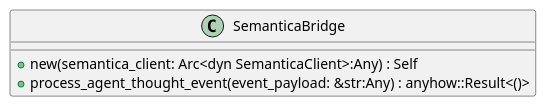
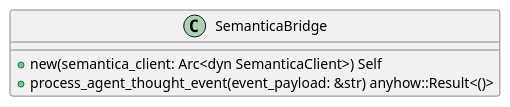
One commit to lgcorzo/rust_CACD_autonomous_factory changed the first of 6 diagrams in openwiki/crates_factory_application_src_bridge_semantica_bridge.md. Above: the diagram before and after it, drawn with PlantUML. The commit also changed other lines of this file and 97 other files, not shown here.

First line of the commit message:
Fix Rust AST parsing for method and function parameters, and update OKF UML frontmatter

````diff
--- a/openwiki/crates_factory_application_src_bridge_semantica_bridge.md
+++ b/openwiki/crates_factory_application_src_bridge_semantica_bridge.md
@@ -99,9 +104,9 @@
 ```plantuml
 @startuml
 class SemanticaBridge {
-    +new(semantica_client: Arc<dyn SemanticaClient>:Any) : Self
-    +process_agent_thought_event(event_payload: &str:Any) : anyhow::Result<()>
+    +new(semantica_client: Arc<dyn SemanticaClient>) Self
+    +process_agent_thought_event(event_payload: &str) anyhow::Result<()>
 }
 @enduml
 
 ```
````
